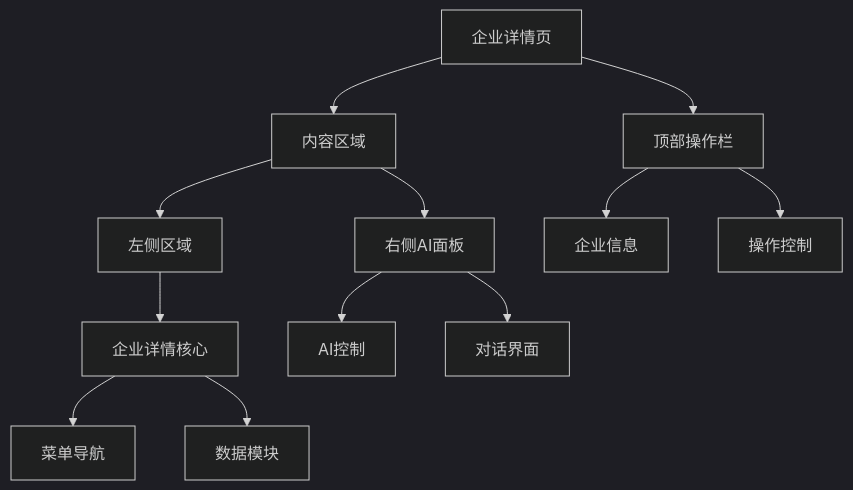
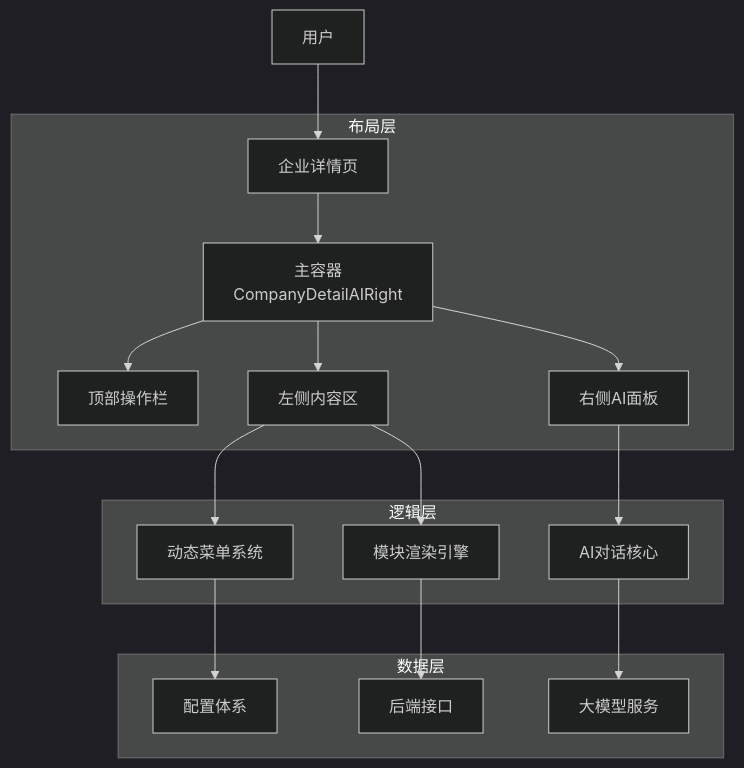
One commit to suneo02/tech-knowledge-base changed the diagram in apps/company/docs/CorpDetail/design.md. Above: the diagram before and after it, drawn with Mermaid (dark theme). The commit also changed other lines of this file and 2109 other files, not shown here.

````diff
--- a/apps/company/docs/CorpDetail/design.md
+++ b/apps/company/docs/CorpDetail/design.md
@@ -13,18 +13,23 @@
 ```mermaid
 graph TD
-    A[企业详情页] --> B[顶部操作栏]
-    A --> C[内容区域]
-
-    C --> D[左侧区域]
-    C --> E[右侧AI面板]
-
-    D --> F[企业详情核心]
-    F --> G[菜单导航]
-    F --> H[数据模块]
-
-    E --> I[AI控制]
-    E --> J[对话界面]
-
-    B --> K[企业信息]
-    B --> L[操作控制]
+    User[用户] --> Page[企业详情页]
+    
+    subgraph Layout [布局层]
+        Page --> Container[主容器<br>CompanyDetailAIRight]
+        Container --> Header[顶部操作栏]
+        Container --> Left[左侧内容区]
+        Container --> Right[右侧AI面板]
+    end
+    
+    subgraph Logic [逻辑层]
+        Left --> MenuSys[动态菜单系统]
+        Left --> ContentSys[模块渲染引擎]
+        Right --> AICore[AI对话核心]
+    end
+    
+    subgraph Data [数据层]
+        MenuSys --> Config[配置体系]
+        ContentSys --> API[后端接口]
+        AICore --> LLM[大模型服务]
+    end
 ```
````
